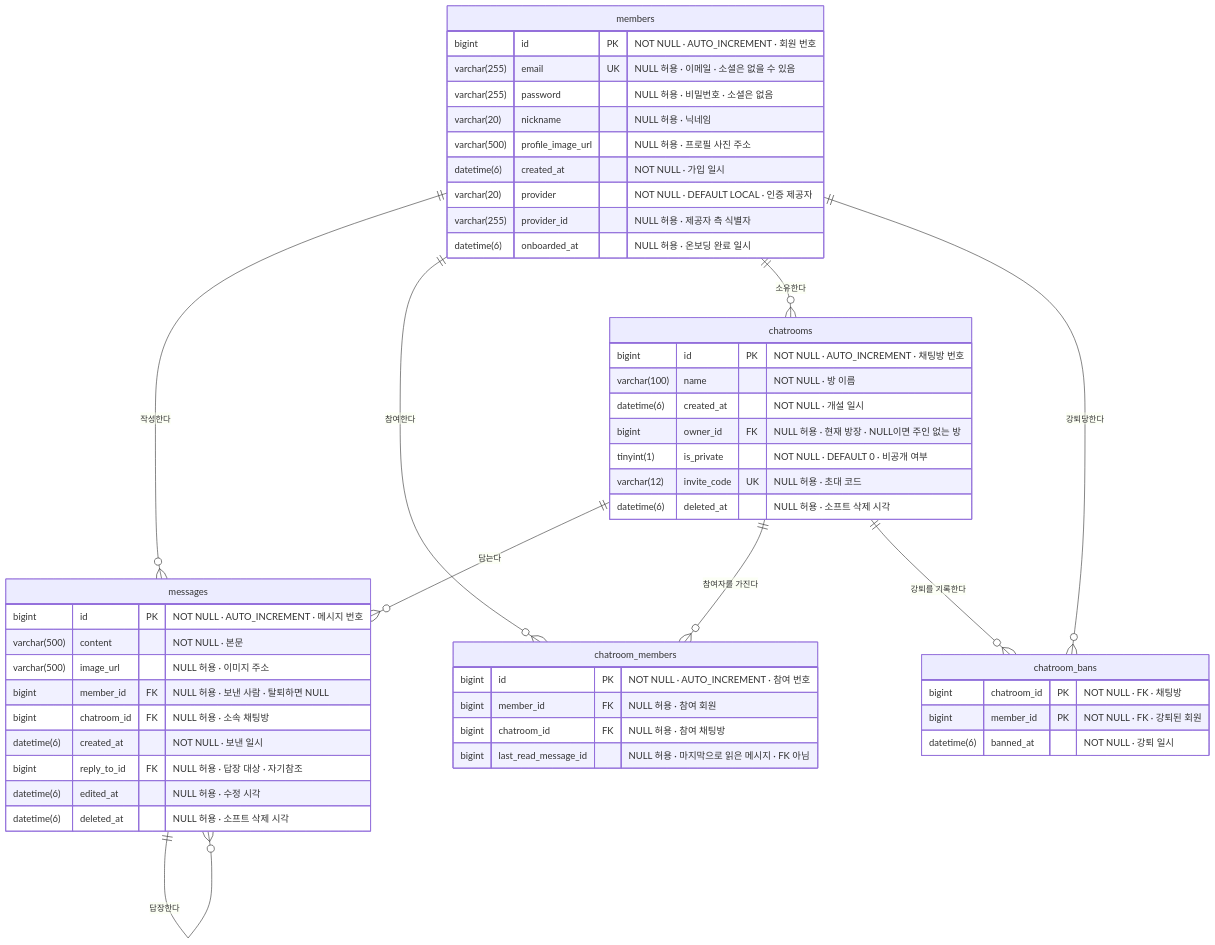
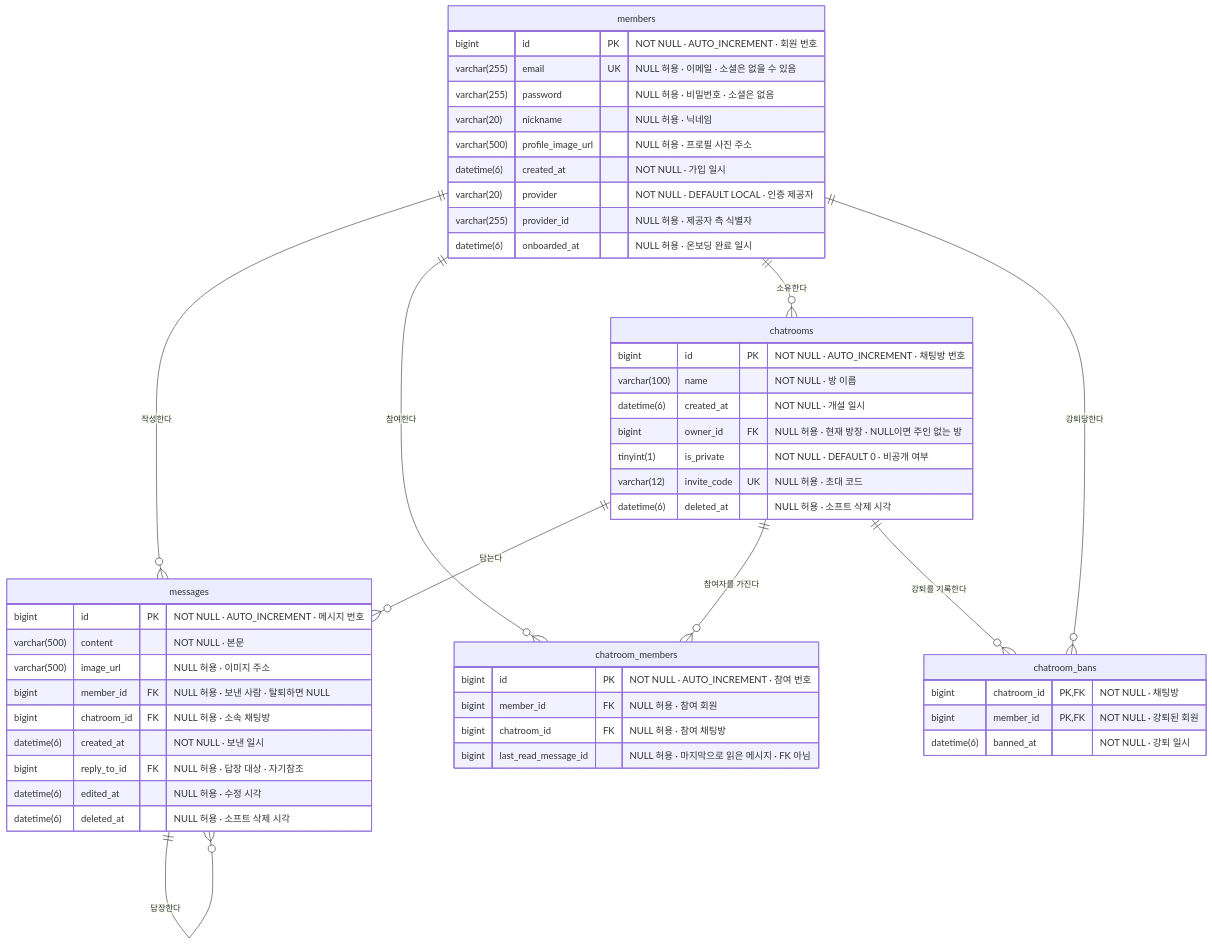
One commit to storyrago/Sage changed the second of 2 diagrams in README.md. Above: the diagram before and after it, drawn with Mermaid.

Commit message:
docs: 강퇴 기록의 두 컬럼이 복합 PK이자 FK임을 ERD에 표시한다

````diff
--- a/README.md
+++ b/README.md
@@ -87,58 +87,58 @@
 ```mermaid
 erDiagram
     members ||--o{ messages : "작성한다"
     members ||--o{ chatroom_members : "참여한다"
     members ||--o{ chatrooms : "소유한다"
     members ||--o{ chatroom_bans : "강퇴당한다"
     chatrooms ||--o{ messages : "담는다"
     chatrooms ||--o{ chatroom_members : "참여자를 가진다"
     chatrooms ||--o{ chatroom_bans : "강퇴를 기록한다"
     messages ||--o{ messages : "답장한다"
 
     members {
         bigint id PK "NOT NULL · AUTO_INCREMENT · 회원 번호"
         varchar(255) email UK "NULL 허용 · 이메일 · 소셜은 없을 수 있음"
         varchar(255) password "NULL 허용 · 비밀번호 · 소셜은 없음"
         varchar(20) nickname "NULL 허용 · 닉네임"
         varchar(500) profile_image_url "NULL 허용 · 프로필 사진 주소"
         datetime(6) created_at "NOT NULL · 가입 일시"
         varchar(20) provider "NOT NULL · DEFAULT LOCAL · 인증 제공자"
         varchar(255) provider_id "NULL 허용 · 제공자 측 식별자"
         datetime(6) onboarded_at "NULL 허용 · 온보딩 완료 일시"
     }
 
     chatrooms {
         bigint id PK "NOT NULL · AUTO_INCREMENT · 채팅방 번호"
         varchar(100) name "NOT NULL · 방 이름"
         datetime(6) created_at "NOT NULL · 개설 일시"
         bigint owner_id FK "NULL 허용 · 현재 방장 · NULL이면 주인 없는 방"
         tinyint(1) is_private "NOT NULL · DEFAULT 0 · 비공개 여부"
         varchar(12) invite_code UK "NULL 허용 · 초대 코드"
         datetime(6) deleted_at "NULL 허용 · 소프트 삭제 시각"
     }
 
     messages {
         bigint id PK "NOT NULL · AUTO_INCREMENT · 메시지 번호"
         varchar(500) content "NOT NULL · 본문"
         varchar(500) image_url "NULL 허용 · 이미지 주소"
         bigint member_id FK "NULL 허용 · 보낸 사람 · 탈퇴하면 NULL"
         bigint chatroom_id FK "NULL 허용 · 소속 채팅방"
         datetime(6) created_at "NOT NULL · 보낸 일시"
         bigint reply_to_id FK "NULL 허용 · 답장 대상 · 자기참조"
         datetime(6) edited_at "NULL 허용 · 수정 시각"
         datetime(6) deleted_at "NULL 허용 · 소프트 삭제 시각"
     }
 
     chatroom_members {
         bigint id PK "NOT NULL · AUTO_INCREMENT · 참여 번호"
         bigint member_id FK "NULL 허용 · 참여 회원"
         bigint chatroom_id FK "NULL 허용 · 참여 채팅방"
         bigint last_read_message_id "NULL 허용 · 마지막으로 읽은 메시지 · FK 아님"
     }
 
     chatroom_bans {
-        bigint chatroom_id PK "NOT NULL · FK · 채팅방"
-        bigint member_id PK "NOT NULL · FK · 강퇴된 회원"
+        bigint chatroom_id PK,FK "NOT NULL · 채팅방"
+        bigint member_id PK,FK "NOT NULL · 강퇴된 회원"
         datetime(6) banned_at "NOT NULL · 강퇴 일시"
     }
 ```
````
